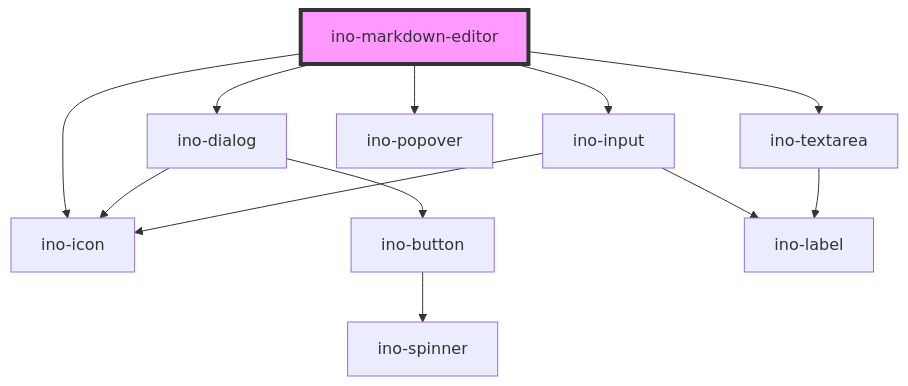
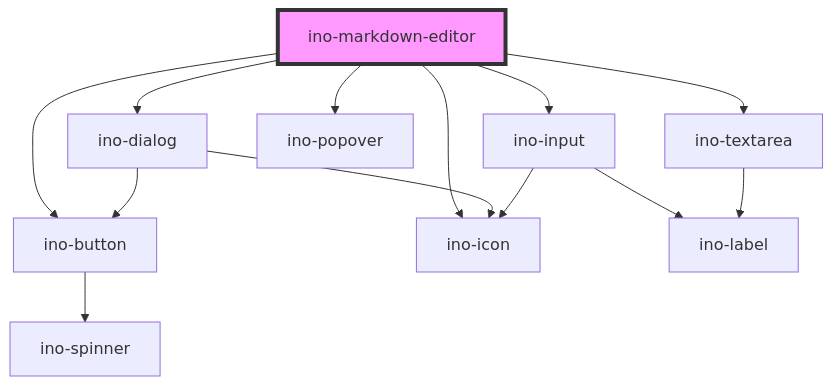
One commit to inovex/elements changed the diagram in packages/elements/src/components/ino-markdown-editor/readme.md. Above: the diagram before and after it, drawn with Mermaid. The commit also changed other lines of this file and 5 other files, not shown here.

````diff
--- a/packages/elements/src/components/ino-markdown-editor/readme.md
+++ b/packages/elements/src/components/ino-markdown-editor/readme.md
@@ -36,15 +37,16 @@
 ```mermaid
 graph TD;
   ino-markdown-editor --> ino-dialog
   ino-markdown-editor --> ino-input
+  ino-markdown-editor --> ino-button
   ino-markdown-editor --> ino-icon
   ino-markdown-editor --> ino-popover
   ino-markdown-editor --> ino-textarea
   ino-dialog --> ino-icon
   ino-dialog --> ino-button
   ino-button --> ino-spinner
   ino-input --> ino-label
   ino-input --> ino-icon
   ino-textarea --> ino-label
   style ino-markdown-editor fill:#f9f,stroke:#333,stroke-width:4px
 ```
````
